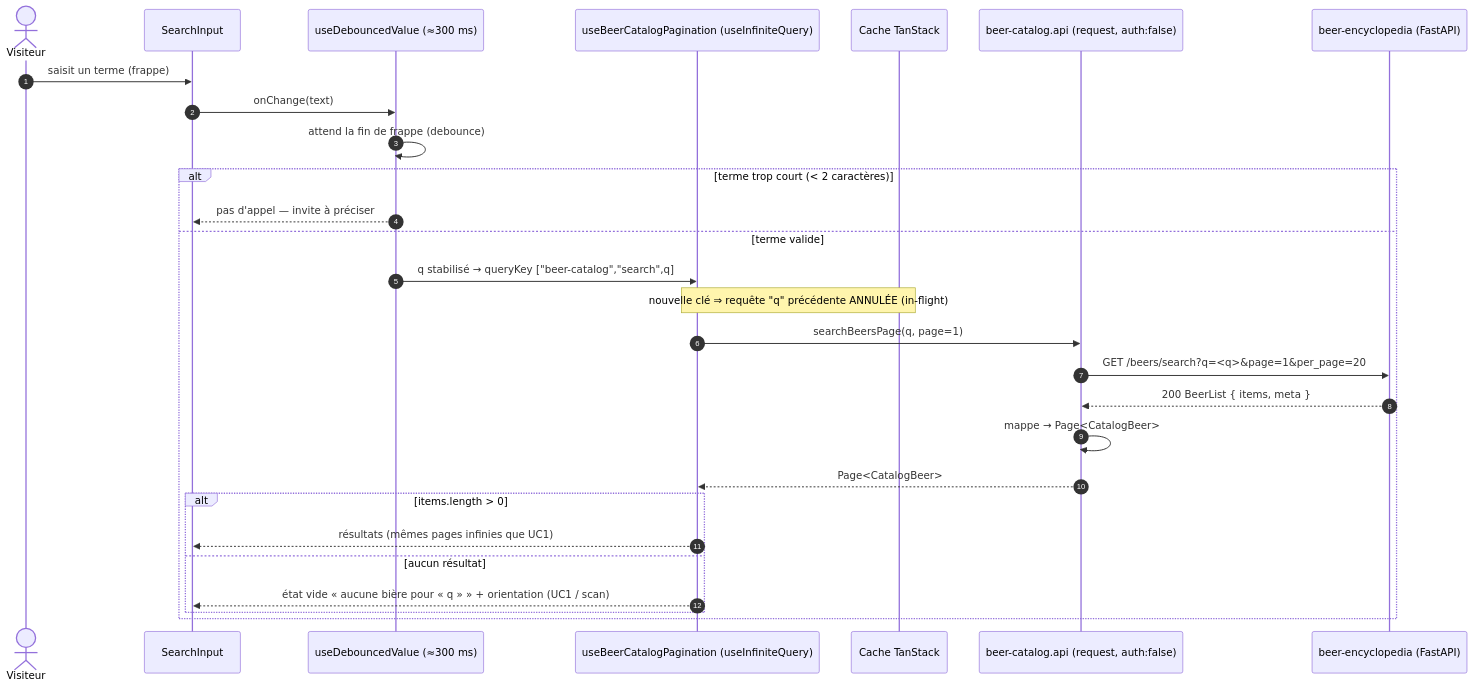
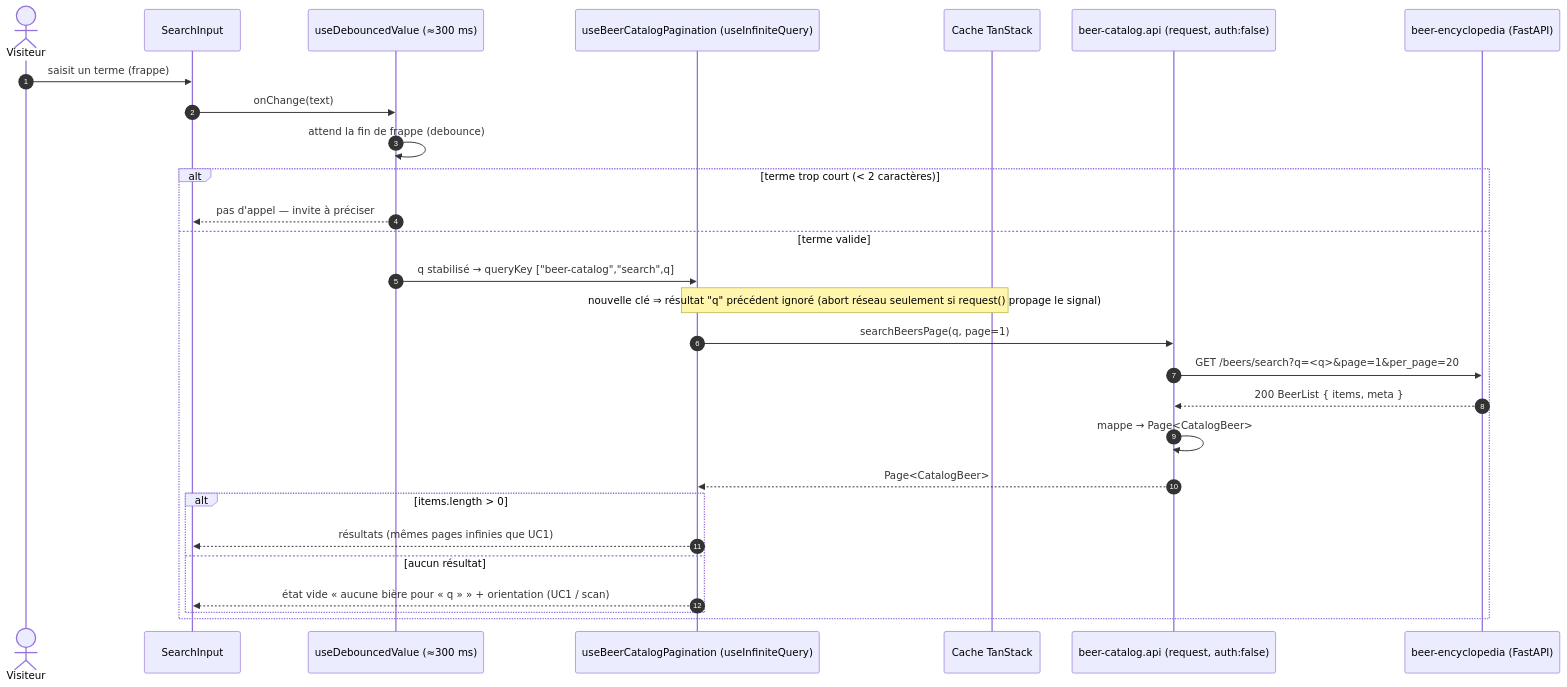
The first of 2 diagrams in docs/architecture/diagrams/mobile-catalog/03-sequence-search.md (benoit-bremaud/brasse-bouillon), drawn with Mermaid before and after one commit. The commit also changed other lines of this file and 6 other files, not shown here.

````diff
--- a/docs/architecture/diagrams/mobile-catalog/03-sequence-search.md
+++ b/docs/architecture/diagrams/mobile-catalog/03-sequence-search.md
@@ -19,31 +19,31 @@
 ```mermaid
 sequenceDiagram
   autonumber
   actor U as Visiteur
   participant SB as SearchInput
   participant D as useDebouncedValue (≈300 ms)
   participant H as useBeerCatalogPagination (useInfiniteQuery)
   participant Q as Cache TanStack
   participant API as beer-catalog.api (request, auth:false)
   participant E as beer-encyclopedia (FastAPI)
 
   U->>SB: saisit un terme (frappe)
   SB->>D: onChange(text)
   D->>D: attend la fin de frappe (debounce)
   alt terme trop court (< 2 caractères)
     D-->>SB: pas d'appel — invite à préciser
   else terme valide
     D->>H: q stabilisé → queryKey ["beer-catalog","search",q]
-    Note over H,Q: nouvelle clé ⇒ requête "q" précédente ANNULÉE (in-flight)
+    Note over H,Q: nouvelle clé ⇒ résultat "q" précédent ignoré (abort réseau seulement si request() propage le signal)
     H->>API: searchBeersPage(q, page=1)
     API->>E: GET /beers/search?q=<q>&page=1&per_page=20
     E-->>API: 200 BeerList { items, meta }
     API->>API: mappe → Page<CatalogBeer>
     API-->>H: Page<CatalogBeer>
     alt items.length > 0
       H-->>SB: résultats (mêmes pages infinies que UC1)
     else aucun résultat
       H-->>SB: état vide « aucune bière pour « q » » + orientation (UC1 / scan)
     end
   end
 ```
````
